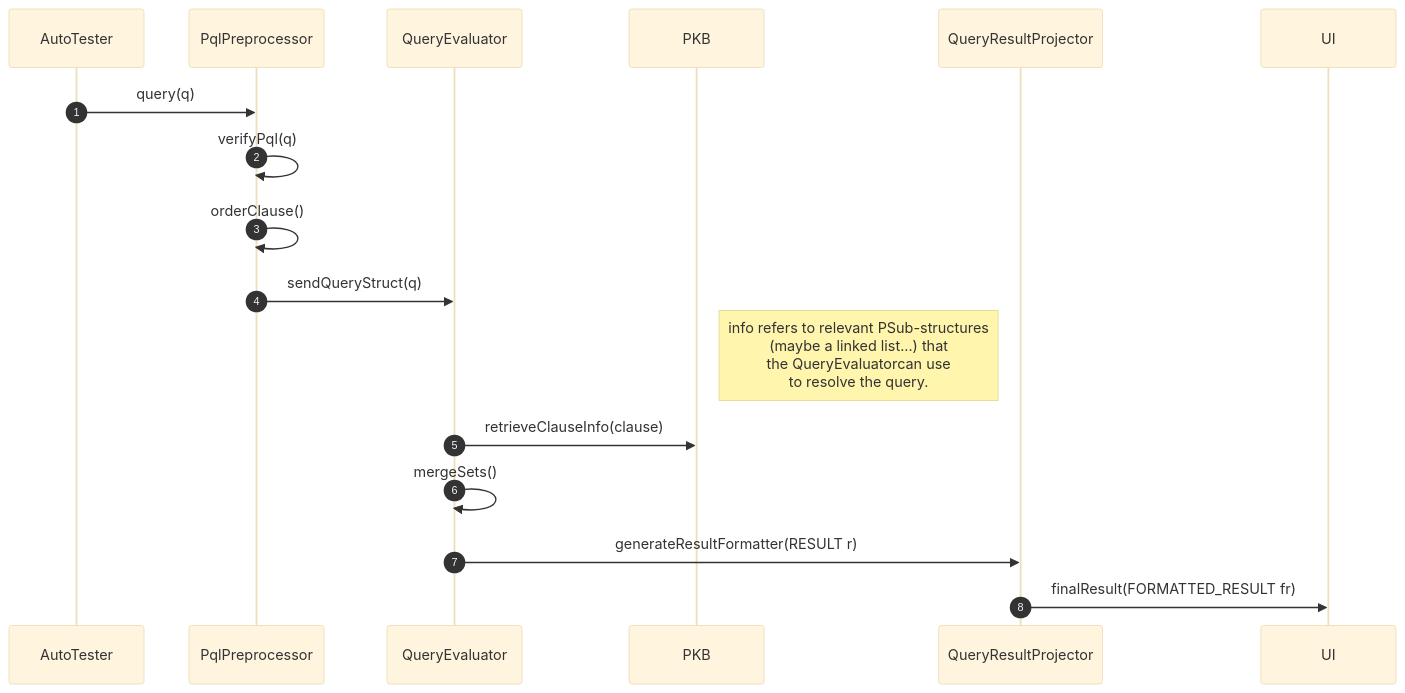
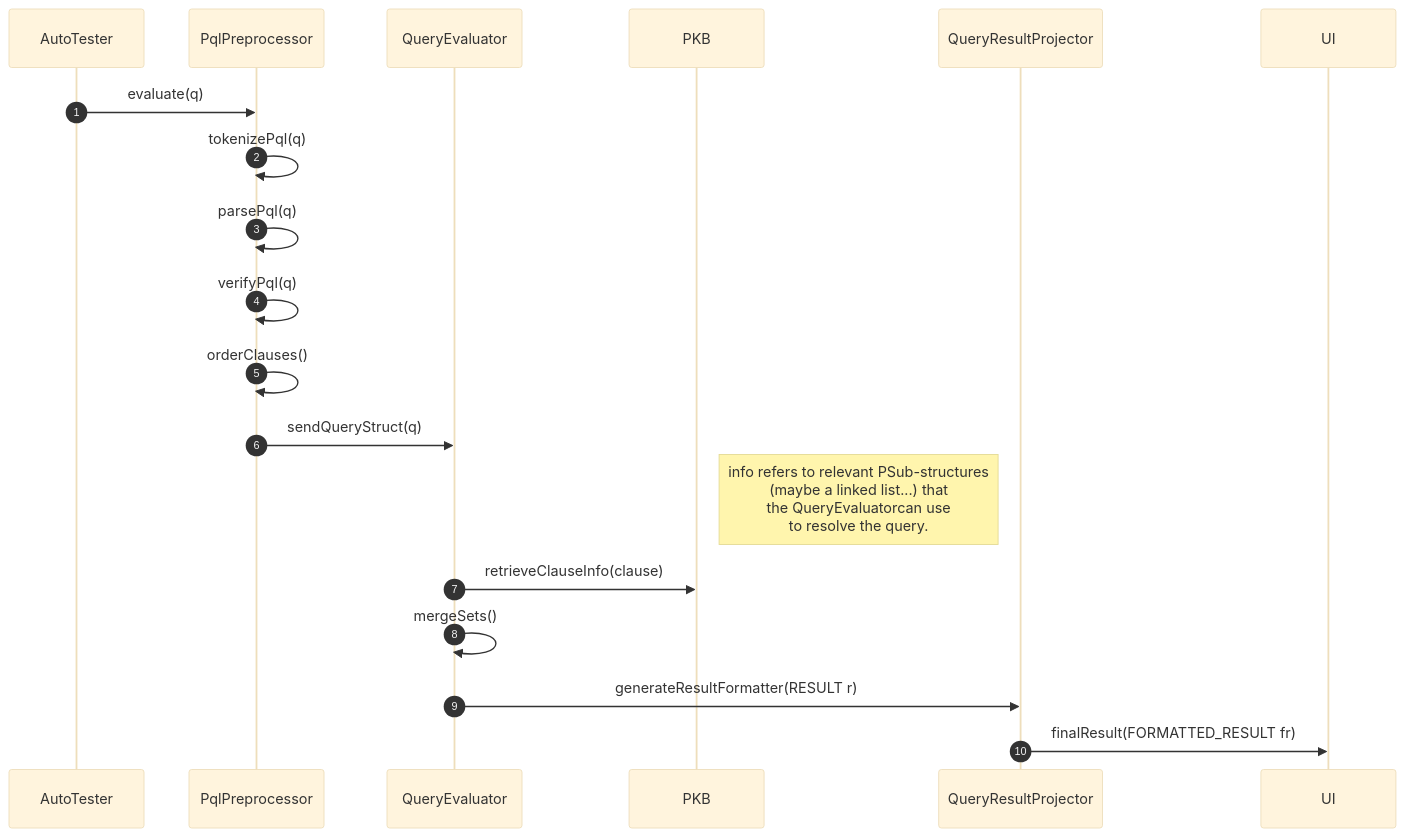
One commit to rtshkmr/CS3203-StaticProgramAnalyzer changed the diagram in docs/sd/queries.mmd. Above: the diagram before and after it, drawn with Mermaid (base theme). The commit also changed 1 other file, not shown here.

Commit message:
update sequence diagrams for pql

```diff
--- a/docs/sd/queries.mmd
+++ b/docs/sd/queries.mmd
@@ -1,23 +1,25 @@
 sequenceDiagram
     autonumber
     participant AutoTester
     participant PqlPreprocessor
     participant QueryEvaluator
     participant PKB
     participant QueryResultProjector
     participant UI
 
     %% This sd is for per query (PQL statement) basis. 
-    AutoTester ->> PqlPreprocessor: query(q)
+    AutoTester ->> PqlPreprocessor: evaluate(q)
+    PqlPreprocessor->>PqlPreprocessor: tokenizePql(q)
+    PqlPreprocessor->>PqlPreprocessor: parsePql(q)
     PqlPreprocessor->>PqlPreprocessor: verifyPql(q)
-    PqlPreprocessor->>PqlPreprocessor: orderClause()
+    PqlPreprocessor->>PqlPreprocessor: orderClauses()
     PqlPreprocessor->>QueryEvaluator: sendQueryStruct(q)
     
     %% Refer to query_evaluation_pkb.mmd
     note right of PKB: info refers to relevant PSub-structures <br/> (maybe a linked list...) that <br/> the QueryEvaluatorcan use <br/> to resolve the query.
     QueryEvaluator->>PKB: retrieveClauseInfo(clause) 
     
     %% MergeSets() represents union, intersect, join between the different clauses results. 
     QueryEvaluator ->>QueryEvaluator:mergeSets() 
     QueryEvaluator ->>QueryResultProjector: generateResultFormatter(RESULT r)
     QueryResultProjector ->> UI: finalResult(FORMATTED_RESULT fr)
```
